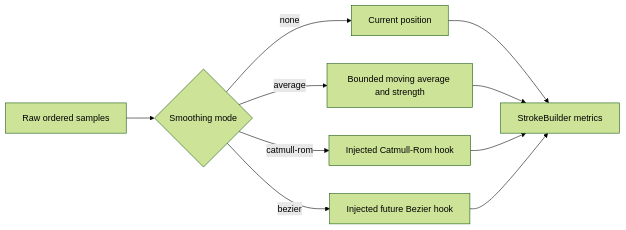
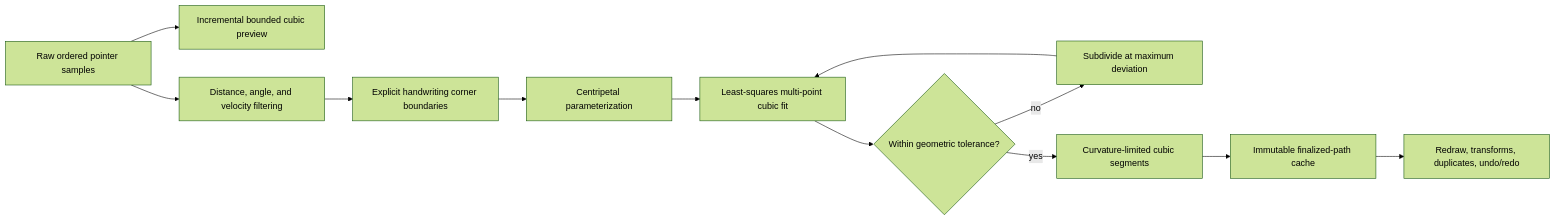
The fourth of 4 diagrams in packages/ink/README.md (ritikpandey1981/digital-notes), drawn with Mermaid (forest theme) before and after one commit. The commit also changed other lines of this file and 39 other files, not shown here.

````diff
--- a/packages/ink/README.md
+++ b/packages/ink/README.md
@@ -107,12 +111,14 @@
 ```mermaid
 flowchart LR
-    Raw["Raw ordered samples"] --> Mode{"Smoothing mode"}
-    Mode -- none --> Direct["Current position"]
-    Mode -- average --> Average["Bounded moving average and strength"]
-    Mode -- catmull-rom --> Catmull["Injected Catmull-Rom hook"]
-    Mode -- bezier --> Bezier["Injected future Bezier hook"]
-    Direct --> Builder["StrokeBuilder metrics"]
-    Average --> Builder
-    Catmull --> Builder
-    Bezier --> Builder
+    Raw["Raw ordered pointer samples"] --> Live["Incremental bounded cubic preview"]
+    Raw --> Filter["Distance, angle, and velocity filtering"]
+    Filter --> Corners["Explicit handwriting corner boundaries"]
+    Corners --> Parameterize["Centripetal parameterization"]
+    Parameterize --> Fit["Least-squares multi-point cubic fit"]
+    Fit --> Error{"Within geometric tolerance?"}
+    Error -- no --> Split["Subdivide at maximum deviation"]
+    Split --> Fit
+    Error -- yes --> Bezier["Curvature-limited cubic segments"]
+    Bezier --> Cache["Immutable finalized-path cache"]
+    Cache --> Redraw["Redraw, transforms, duplicates, undo/redo"]
 ```
````
